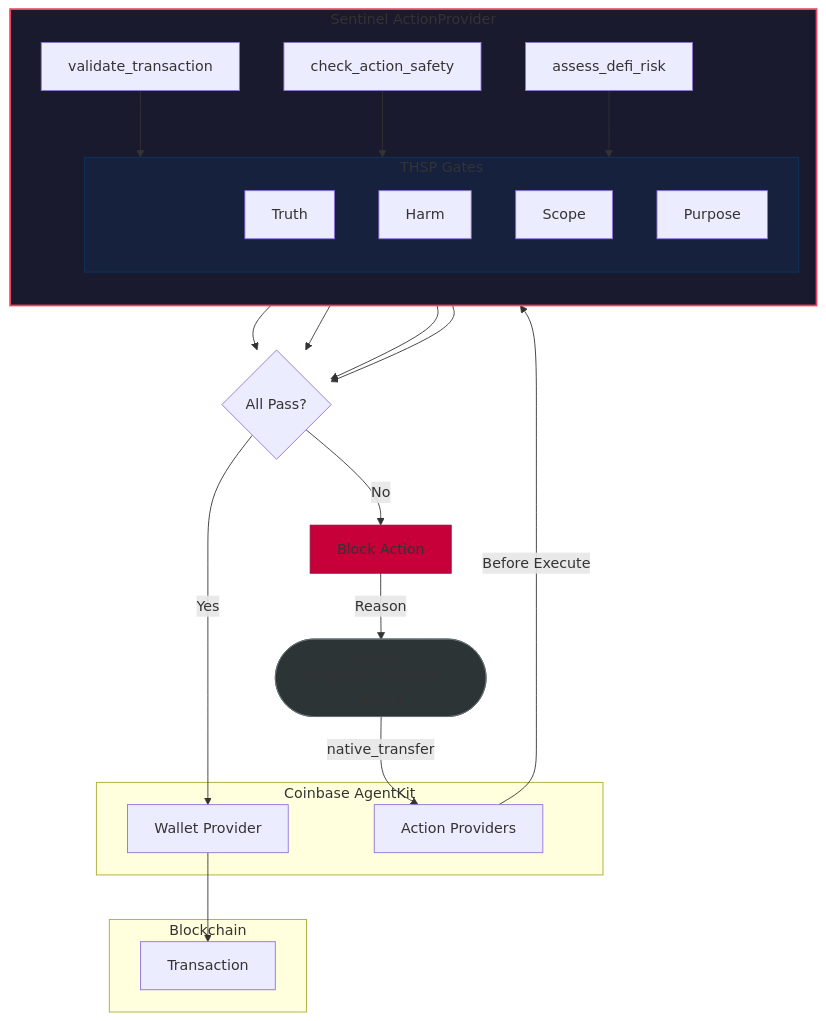
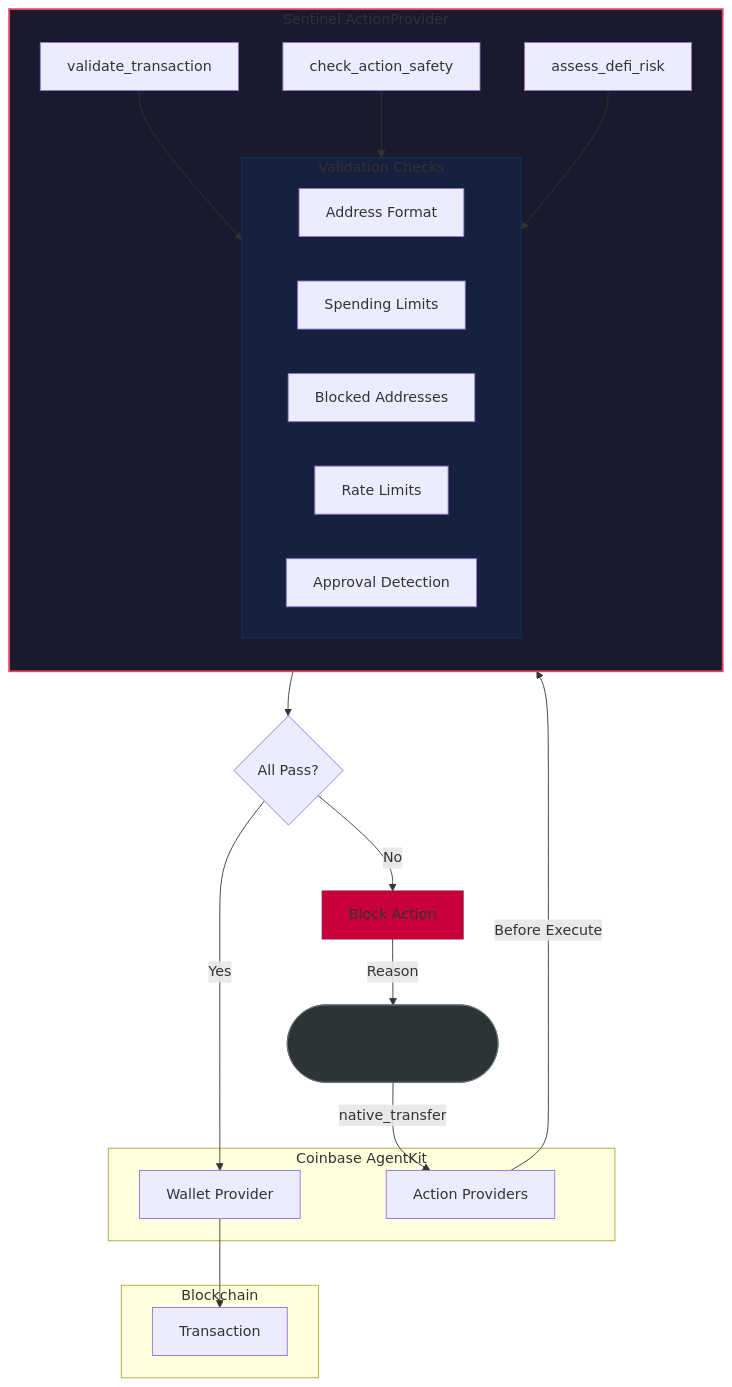
Before and after one commit to sentinel-seed/sentinel: the third of 5 diagrams in src/sentinelseed/integrations/coinbase/README.md, drawn with Mermaid. The commit also changed other lines of this file, not shown here.

First line of the commit message:
fix(docs): correct diagram logic to match actual code

````diff
--- a/src/sentinelseed/integrations/coinbase/README.md
+++ b/src/sentinelseed/integrations/coinbase/README.md
@@ -115,48 +115,46 @@
 ```mermaid
 flowchart TB
     LLM([AI Agent<br/>LangChain / OpenAI / Vercel])
 
     subgraph AgentKit["Coinbase AgentKit"]
         Actions[Action Providers]
         Wallet[Wallet Provider]
     end
 
     subgraph Sentinel["Sentinel ActionProvider"]
         direction TB
         Validate[validate_transaction]
         Check[check_action_safety]
         DeFi[assess_defi_risk]
 
-        subgraph THSP["THSP Gates"]
-            T[Truth]
-            H[Harm]
-            S[Scope]
-            P[Purpose]
+        subgraph Checks["Validation Checks"]
+            C1[Address Format]
+            C2[Spending Limits]
+            C3[Blocked Addresses]
+            C4[Rate Limits]
+            C5[Approval Detection]
         end
     end
 
     subgraph Blockchain["Blockchain"]
         TX[Transaction]
     end
 
     LLM -->|"native_transfer"| Actions
     Actions -->|Before Execute| Sentinel
-    Validate --> THSP
-    Check --> THSP
-    DeFi --> THSP
+    Validate --> Checks
+    Check --> Checks
+    DeFi --> Checks
 
-    T --> Decision{All Pass?}
-    H --> Decision
-    S --> Decision
-    P --> Decision
+    Checks --> Decision{All Pass?}
 
     Decision -->|Yes| Wallet
     Decision -->|No| Block[Block Action]
     Wallet --> TX
     Block -->|Reason| LLM
 
     style Sentinel fill:#1a1a2e,stroke:#e94560,stroke-width:2px
-    style THSP fill:#16213e,stroke:#0f3460
+    style Checks fill:#16213e,stroke:#0f3460
     style Block fill:#c70039,stroke:#900c3f
     style LLM fill:#2d3436,stroke:#636e72
 ```
````
